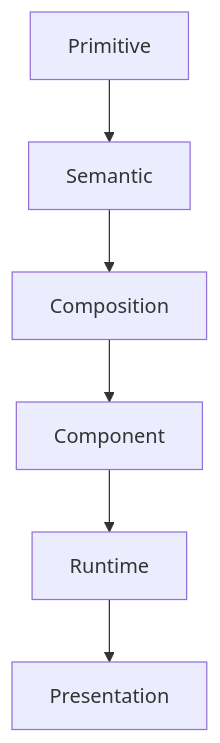
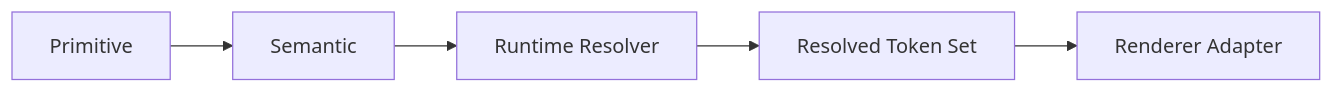
The second of 2 diagrams in docs/design/system/mds-001-design-token-architecture/index.md (mosaic-media/architecture), drawn with Mermaid before and after one commit. The commit also changed other lines of this file and 19 other files, not shown here.

Commit message:
docs(mds-001): simplify token resolution architecture

````diff
--- a/docs/design/system/mds-001-design-token-architecture/index.md
+++ b/docs/design/system/mds-001-design-token-architecture/index.md
@@ -133,16 +134,14 @@
 ```mermaid
-flowchart TD
+flowchart LR
 
 N1["Primitive"]
 N2["Semantic"]
-N3["Composition"]
-N4["Component"]
-N5["Runtime"]
-N6["Presentation"]
+N3["Runtime Resolver"]
+N4["Resolved Token Set"]
+N5["Renderer Adapter"]
 
 N1 --> N2
 N2 --> N3
 N3 --> N4
 N4 --> N5
-N5 --> N6
 ```
````
